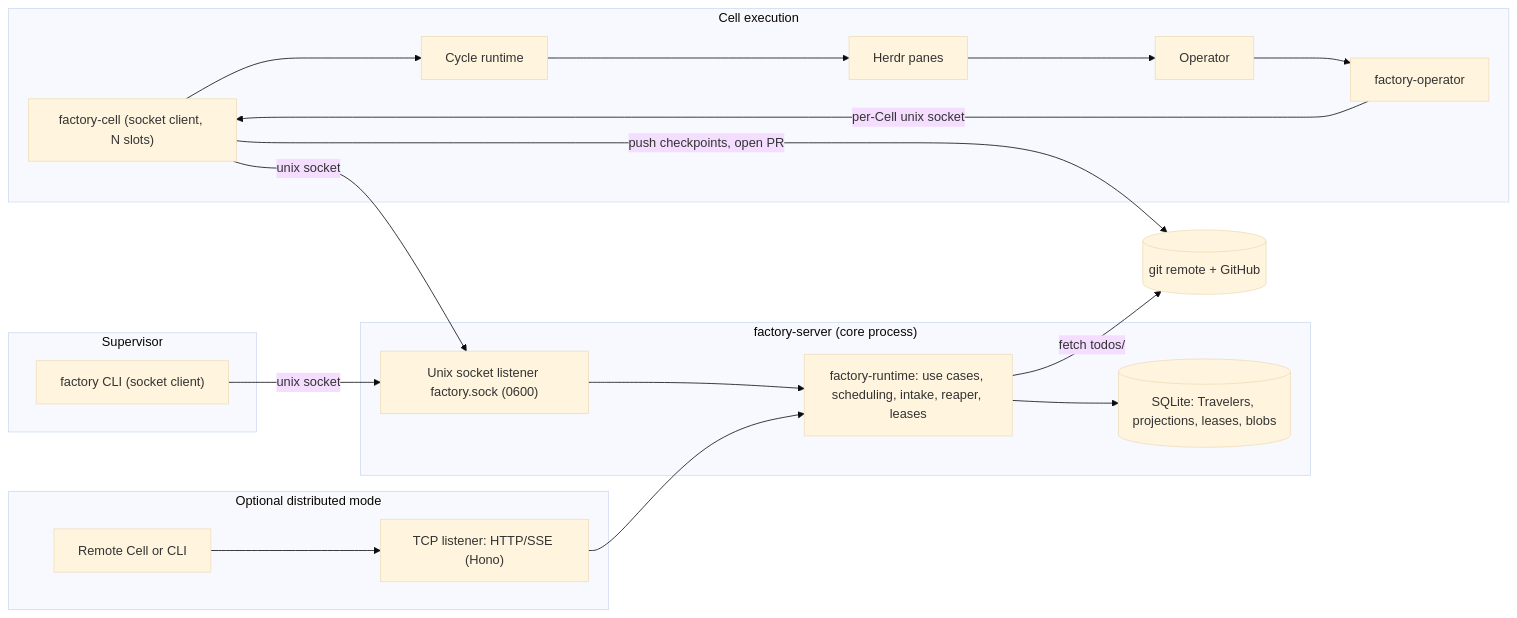
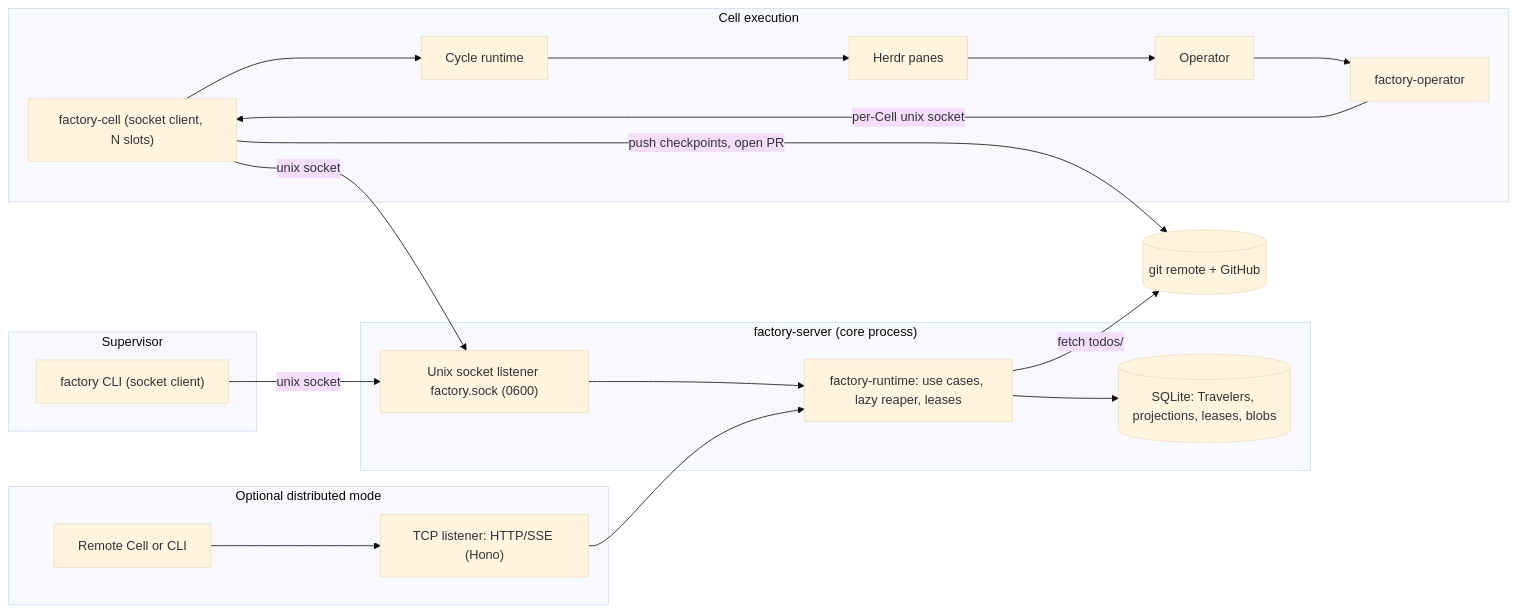
The first of 8 diagrams in docs/PLAN.md (xyashino/software-factory), drawn with Mermaid (base theme) before and after one commit. The commit also changed other lines of this file and 97 other files, not shown here.

````diff
--- a/docs/PLAN.md
+++ b/docs/PLAN.md
@@ -69,39 +70,39 @@
 ```mermaid
 flowchart LR
   subgraph Supervisor["Supervisor"]
     CLI["factory CLI (socket client)"]
   end
 
   subgraph Server["factory-server (core process)"]
-    APP["factory-runtime: use cases, scheduling, intake, reaper, leases"]
+    APP["factory-runtime: use cases, lazy reaper, leases"]
     DB[("SQLite: Travelers, projections, leases, blobs")]
     SOCK["Unix socket listener factory.sock (0600)"]
     APP --> DB
     SOCK --> APP
   end
 
   subgraph Remote["Optional distributed mode"]
     HTTP["TCP listener: HTTP/SSE (Hono)"]
     REMOTE["Remote Cell or CLI"]
     REMOTE --> HTTP
   end
 
   subgraph CellHost["Cell execution"]
     C["factory-cell (socket client, N slots)"]
     RT["Cycle runtime"]
     H["Herdr panes"]
     OP["Operator"]
     FXO["factory-operator"]
     C --> RT --> H --> OP
     OP --> FXO
     FXO -->|"per-Cell unix socket"| C
   end
 
   CLI -->|"unix socket"| SOCK
   C -->|"unix socket"| SOCK
   HTTP --> APP
 
   GIT[("git remote + GitHub")]
   C -->|"push checkpoints, open PR"| GIT
   APP -->|"fetch todos/"| GIT
 ```
````
